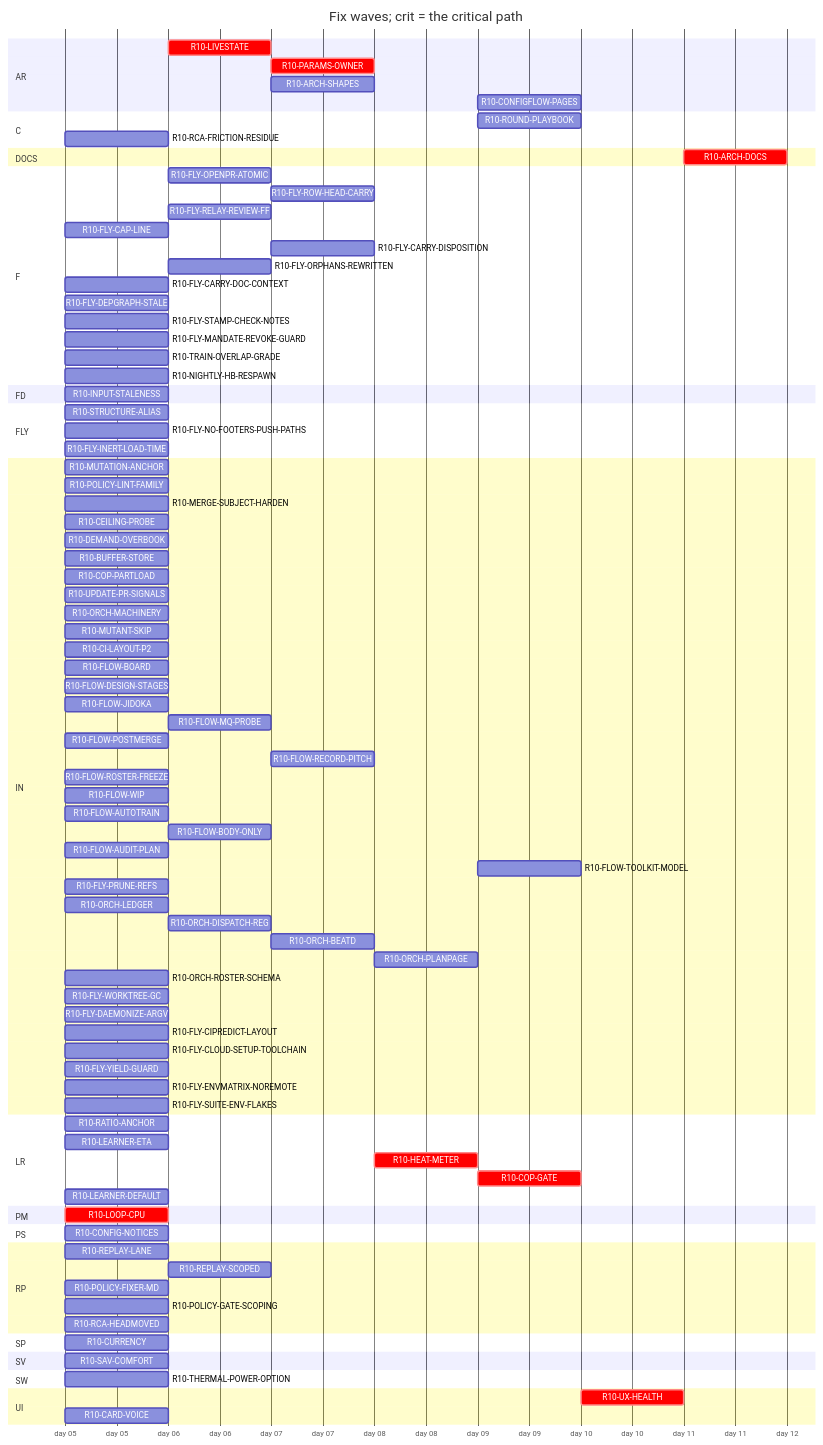
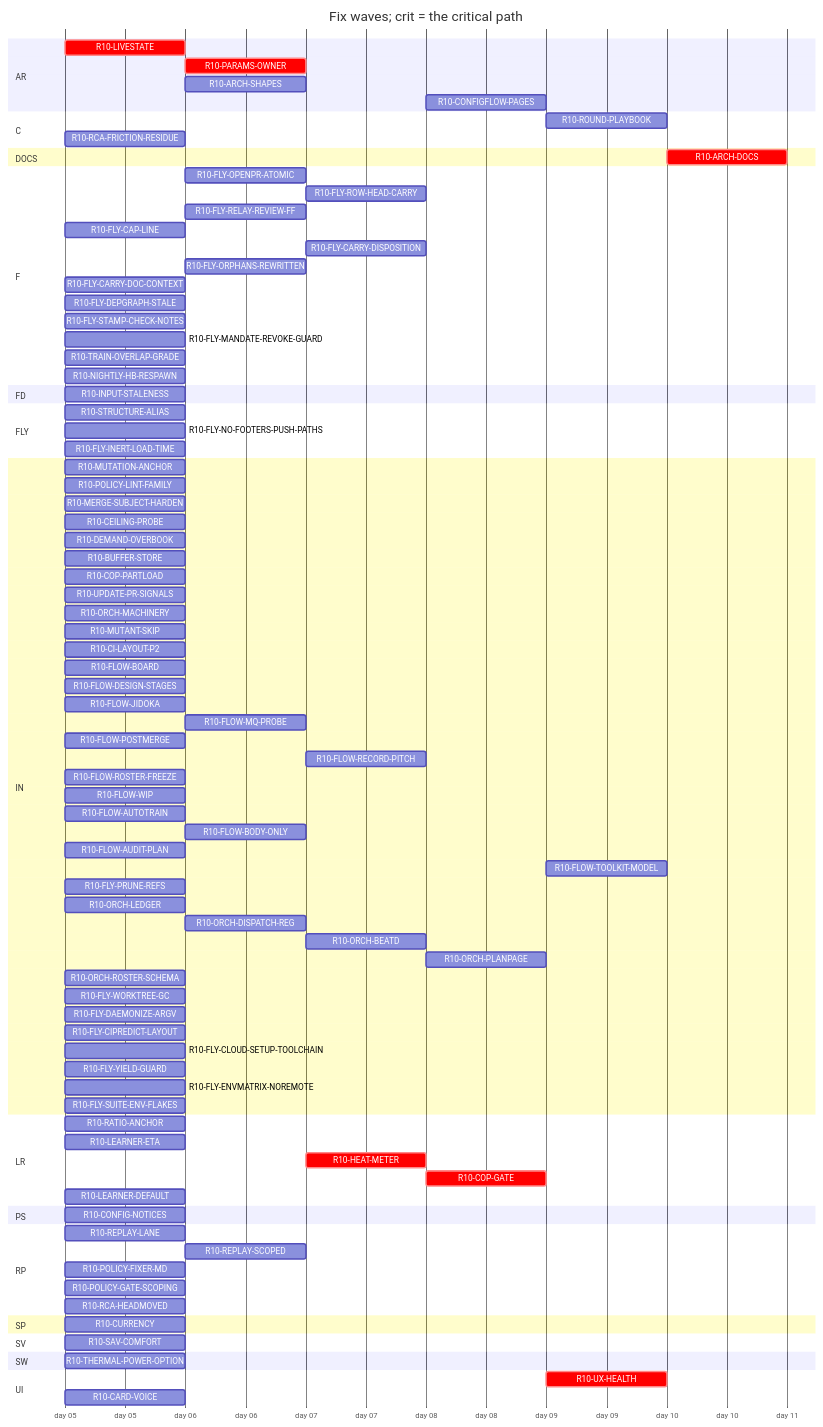
One commit to tvofi/heatpump_optimizer changed the diagram in handoff/round10/state/PLAN-TABLE.md. Above: the diagram before and after it, drawn with Mermaid. The commit also changed other lines of this file and 2 other files, not shown here.

```diff
--- a/handoff/round10/state/PLAN-TABLE.md
+++ b/handoff/round10/state/PLAN-TABLE.md
@@ -31,7 +30,7 @@
   dateFormat YYYY-MM-DD
   axisFormat day %d
   section AR
-    R10-LIVESTATE :crit, r10LIVESTATE, after r10LOOPCPU, 1d
+    R10-LIVESTATE :crit, r10LIVESTATE, 2026-01-05, 1d
     R10-PARAMS-OWNER :crit, r10PARAMSOWNER, after r10LIVESTATE r10RATIOANCHOR, 1d
     R10-ARCH-SHAPES :r10ARCHSHAPES, after r10LIVESTATE r10INPUTSTALENESS, 1d
     R10-CONFIGFLOW-PAGES :r10CONFIGFLOWPAGES, after r10HEATMETER, 1d
@@ -39,7 +38,7 @@
     R10-ROUND-PLAYBOOK :r10ROUNDPLAYBOOK, after r10FLOWAUDITPLAN r10ORCHLEDGER r10ORCHDISPATCHREG r10ORCHBEATD r10ORCHPLANPAGE r10FLOWAUTOTRAIN r10CILAYOUTP2, 1d
     R10-RCA-FRICTION-RESIDUE :r10RCAFRICTIONRESIDUE, 2026-01-05, 1d
   section DOCS
-    R10-ARCH-DOCS :crit, r10ARCHDOCS, after r10RATIOANCHOR r10INPUTSTALENESS r10CURRENCY r10LOOPCPU r10LIVESTATE r10CONFIGNOTICES r10PARAMSOWNER r10ARCHSHAPES r10LEARNERETA r10HEATMETER r10COPGATE r10UXHEALTH r10CONFIGFLOWPAGES r10REPLAYLANE r10REPLAYSCOPED, 1d
+    R10-ARCH-DOCS :crit, r10ARCHDOCS, after r10RATIOANCHOR r10INPUTSTALENESS r10CURRENCY r10LIVESTATE r10CONFIGNOTICES r10PARAMSOWNER r10ARCHSHAPES r10LEARNERETA r10HEATMETER r10COPGATE r10UXHEALTH r10CONFIGFLOWPAGES r10REPLAYLANE r10REPLAYSCOPED, 1d
   section F
     R10-FLY-OPENPR-ATOMIC :r10FLYOPENPRATOMIC, after r10UPDATEPRSIGNALS, 1d
     R10-FLY-ROW-HEAD-CARRY :r10FLYROWHEADCARRY, after r10CILAYOUTP2 r10FLYOPENPRATOMIC, 1d
@@ -102,8 +101,6 @@
     R10-HEAT-METER :crit, r10HEATMETER, after r10LEARNERETA r10INPUTSTALENESS r10RATIOANCHOR r10PARAMSOWNER r10ARCHSHAPES r10THERMALPOWEROPTION, 1d
     R10-COP-GATE :crit, r10COPGATE, after r10HEATMETER, 1d
     R10-LEARNER-DEFAULT :r10LEARNERDEFAULT, 2026-01-05, 1d
-  section PM
-    R10-LOOP-CPU :crit, r10LOOPCPU, 2026-01-05, 1d
   section PS
     R10-CONFIG-NOTICES :r10CONFIGNOTICES, 2026-01-05, 1d
   section RP
```
